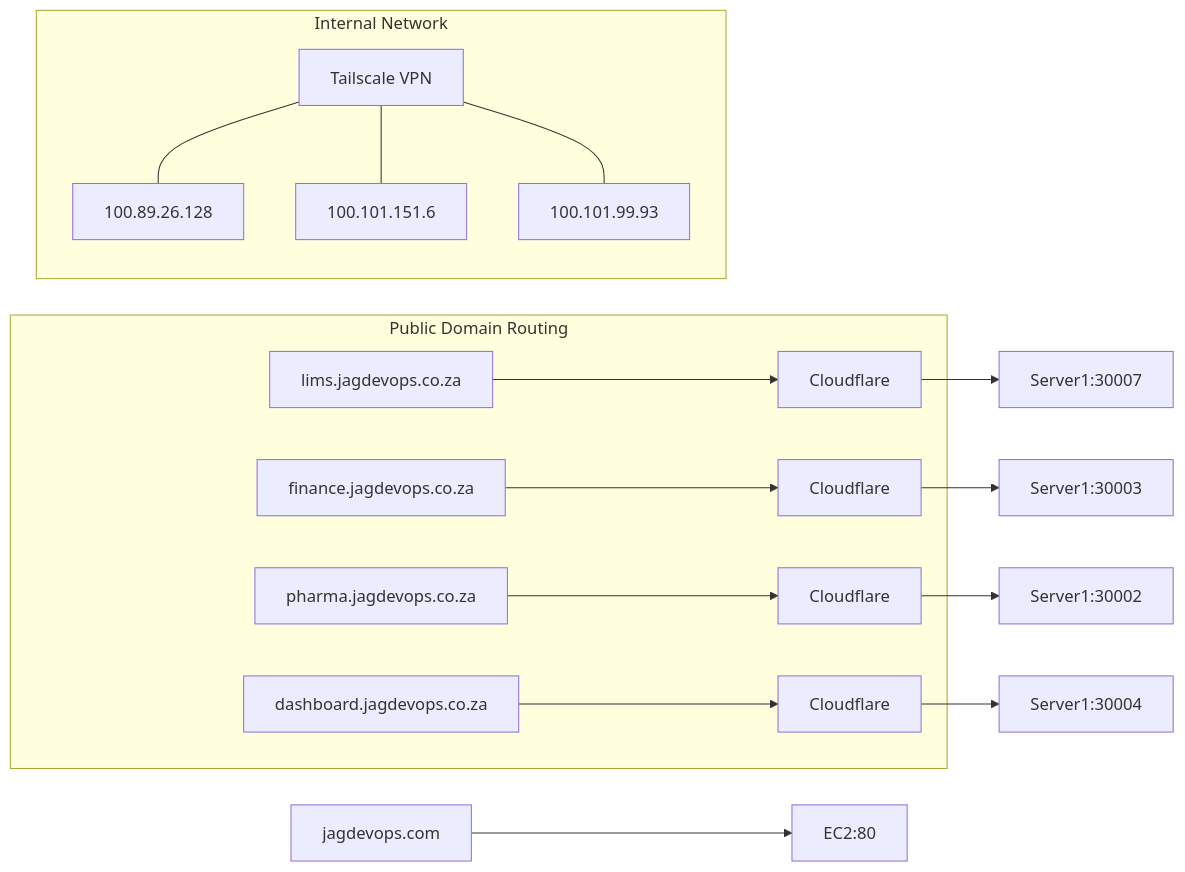
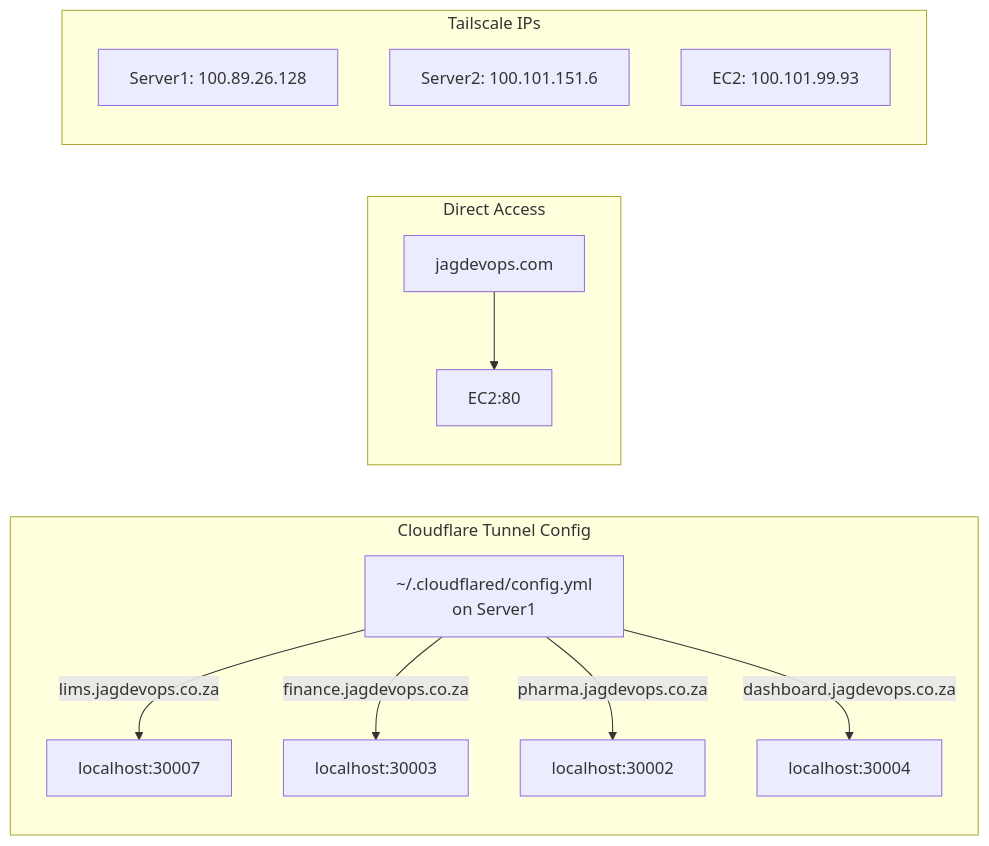
One commit to GABRIELS562/Architecture- changed the second of 3 diagrams in README.md. Above: the diagram before and after it, drawn with Mermaid. The commit also changed other lines of this file, not shown here.

````diff
--- a/README.md
+++ b/README.md
@@ -140,27 +135,20 @@
 ```mermaid
 graph LR
-    subgraph "Public Domain Routing"
-        A[lims.jagdevops.co.za] --> CF1[Cloudflare]
-        B[finance.jagdevops.co.za] --> CF2[Cloudflare]
-        C[pharma.jagdevops.co.za] --> CF3[Cloudflare]
-        D[dashboard.jagdevops.co.za] --> CF4[Cloudflare]
+    subgraph "Cloudflare Tunnel Config"
+        CF[~/.cloudflared/config.yml<br/>on Server1]
+        CF --> |lims.jagdevops.co.za| L[localhost:30007]
+        CF --> |finance.jagdevops.co.za| F[localhost:30003]
+        CF --> |pharma.jagdevops.co.za| P[localhost:30002]
+        CF --> |dashboard.jagdevops.co.za| D[localhost:30004]
     end
     
-    CF1 --> P30007[Server1:30007]
-    CF2 --> P30003[Server1:30003]
-    CF3 --> P30002[Server1:30002]
-    CF4 --> P30004[Server1:30004]
-    
-    E[jagdevops.com] --> EC2[EC2:80]
-    
-    subgraph "Internal Network"
-        TAIL[Tailscale VPN]
-        S1[100.89.26.128]
-        S2[100.101.151.6]
-        EC[100.101.99.93]
+    subgraph "Direct Access"
+        JAG[jagdevops.com] --> EC2[EC2:80]
     end
     
-    TAIL --- S1
-    TAIL --- S2
-    TAIL --- EC
+    subgraph "Tailscale IPs"
+        S1[Server1: 100.89.26.128]
+        S2[Server2: 100.101.151.6]
+        EC[EC2: 100.101.99.93]
+    end
 ```
````
